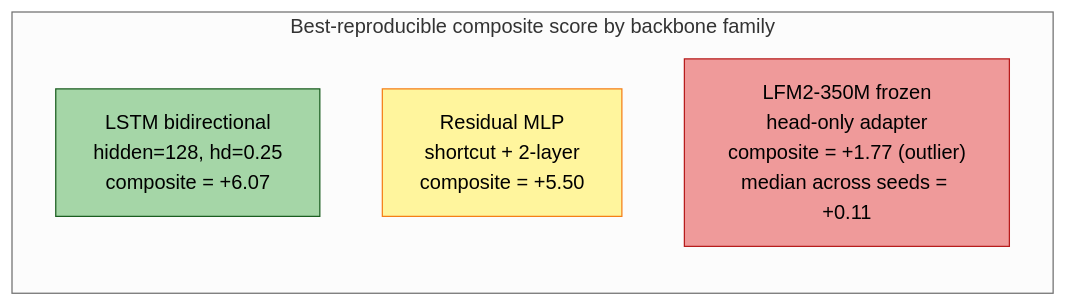
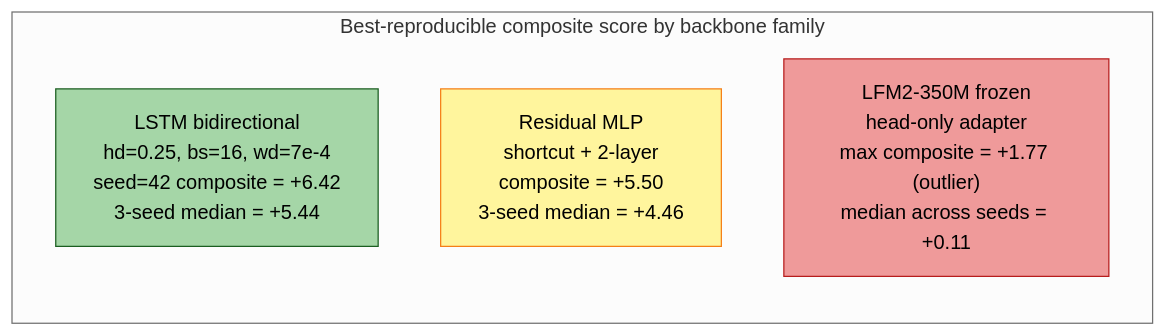
The seventh of 7 diagrams in autoresearch/autoresearch_results/medium_article.md (dlmastery/autoresearch), drawn with Mermaid (neutral theme) before and after one commit. The commit also changed other lines of this file and 4 other files, not shown here.

````diff
--- a/autoresearch/autoresearch_results/medium_article.md
+++ b/autoresearch/autoresearch_results/medium_article.md
@@ -411,15 +499,15 @@
 ```mermaid
 flowchart LR
     subgraph Composite["Best-reproducible composite score by backbone family"]
-        L["LSTM bidirectional<br/>hidden=128, hd=0.25<br/>composite = +6.07"]
-        M["Residual MLP<br/>shortcut + 2-layer<br/>composite = +5.50"]
-        F["LFM2-350M frozen<br/>head-only adapter<br/>composite = +1.77 (outlier)<br/>median across seeds = +0.11"]
+        L["LSTM bidirectional<br/>hd=0.25, bs=16, wd=7e-4<br/>seed=42 composite = +6.42<br/>3-seed median = +5.44"]
+        M["Residual MLP<br/>shortcut + 2-layer<br/>composite = +5.50<br/>3-seed median = +4.46"]
+        F["LFM2-350M frozen<br/>head-only adapter<br/>max composite = +1.77 (outlier)<br/>median across seeds = +0.11"]
     end
 
     classDef champ fill:#a5d6a7,stroke:#1b5e20,color:#000
     classDef strong fill:#fff59d,stroke:#f57f17,color:#000
     classDef weak fill:#ef9a9a,stroke:#b71c1c,color:#000
     class L champ
     class M strong
     class F weak
 ```
````
